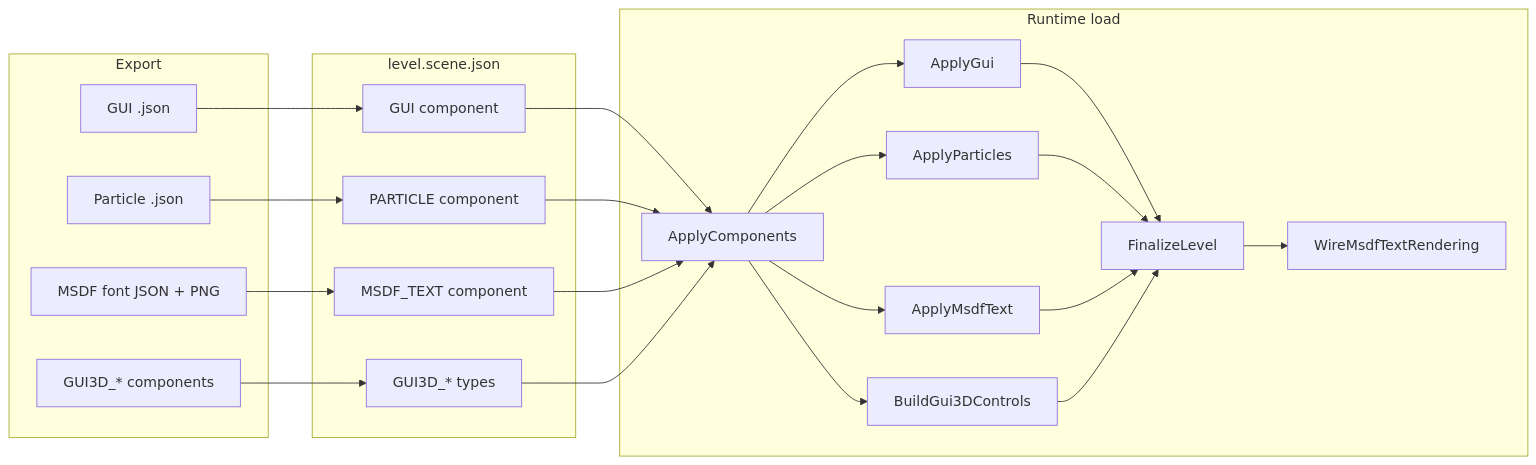
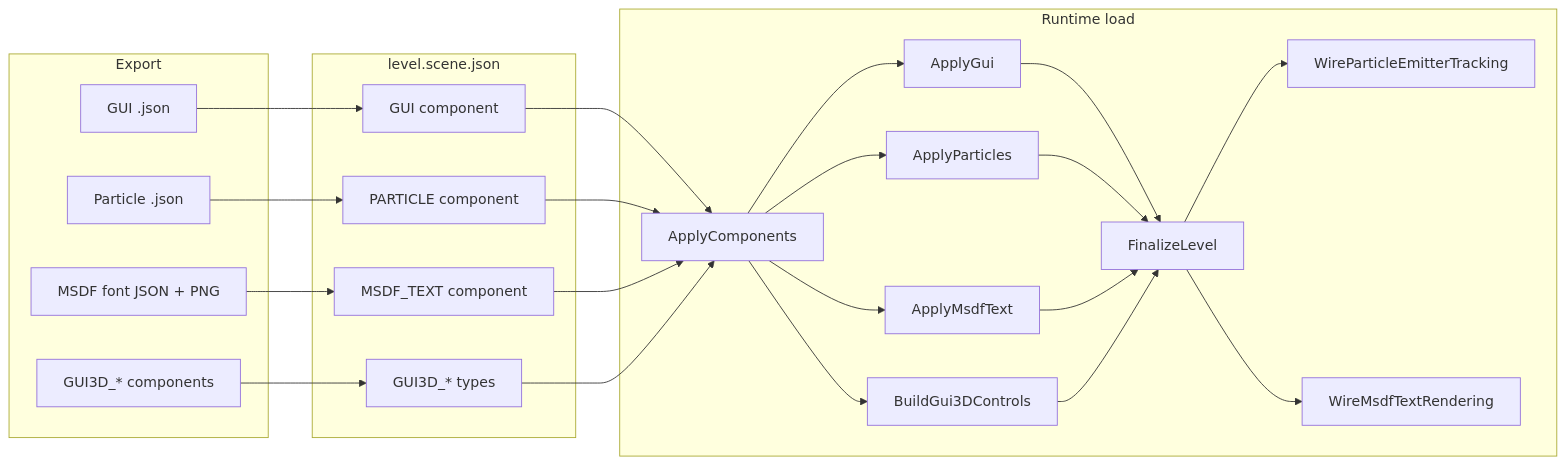
Before and after one commit to Elevons/Blender2BabylonKit: the first of 3 diagrams in docs/engine/10-UI.md, drawn with Mermaid. The commit also changed other lines of this file and 88 other files, not shown here.

````diff
--- a/docs/engine/10-UI.md
+++ b/docs/engine/10-UI.md
@@ -21,32 +21,33 @@
 ```mermaid
 flowchart LR
   subgraph export [Export]
     GUI_JSON[GUI .json]
     PART_JSON[Particle .json]
     MSDF_FONT[MSDF font JSON + PNG]
     GUI3D[GUI3D_* components]
   end
   subgraph manifest [level.scene.json]
     M_GUI[GUI component]
     M_PART[PARTICLE component]
     M_MSDF[MSDF_TEXT component]
     M_3D[GUI3D_* types]
   end
   subgraph load [Runtime load]
     Apply[ApplyComponents]
     Final[FinalizeLevel]
     GUI2D[ApplyGui]
     PART[ApplyParticles]
+    PARTWIRE[WireParticleEmitterTracking]
     MSDF[ApplyMsdfText]
     WIRE[WireMsdfTextRendering]
     BUILD[BuildGui3DControls]
   end
   GUI_JSON --> M_GUI
   PART_JSON --> M_PART
   MSDF_FONT --> M_MSDF
   GUI3D --> M_3D
   M_GUI --> Apply --> GUI2D --> Final
-  M_PART --> Apply --> PART --> Final
+  M_PART --> Apply --> PART --> Final --> PARTWIRE
   M_MSDF --> Apply --> MSDF --> Final --> WIRE
   M_3D --> Apply --> BUILD --> Final
 ```
````
